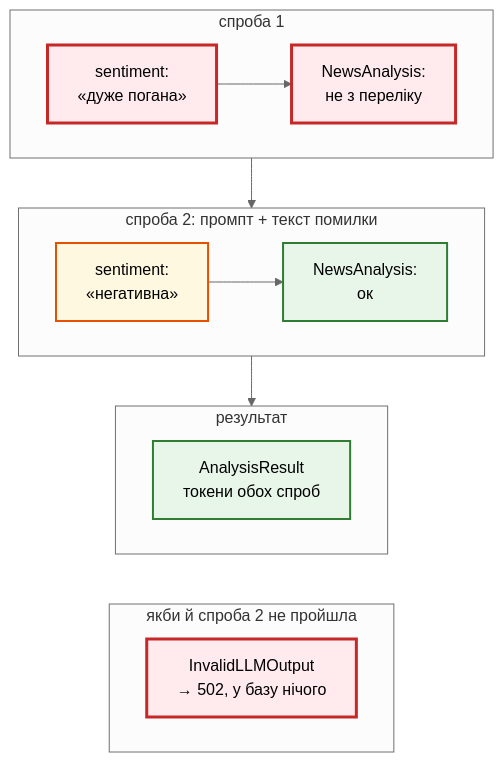
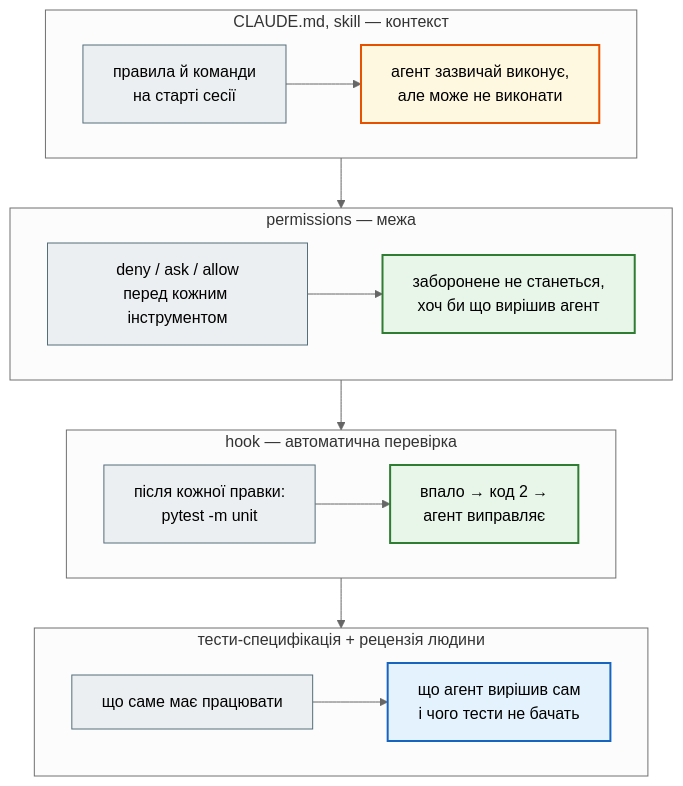
The first of 3 diagrams in docs/modules/m4/lesson_43.md (AlinaRadchenko/PY-Course-Victor-Nikoriak-22-09-2026), drawn with Mermaid (neutral theme) before and after one commit. The commit also changed other lines of this file and 1846 other files, not shown here.

````diff
--- a/docs/modules/m4/lesson_43.md
+++ b/docs/modules/m4/lesson_43.md
@@ -396,33 +122,31 @@
 ```mermaid
 flowchart TD
     classDef step     fill:#eceff1,stroke:#546e7a,stroke-width:1px;
     classDef decision fill:#e3f2fd,stroke:#1565c0,stroke-width:2px;
     classDef success  fill:#e8f5e9,stroke:#2e7d32,stroke-width:2px;
     classDef error    fill:#ffebee,stroke:#c62828,stroke-width:3px;
     classDef warning  fill:#fff8e1,stroke:#e65100,stroke-width:2px;
 
-    subgraph S1["спроба 1"]
+    subgraph L1["CLAUDE.md, skill — контекст"]
         direction LR
-        r1["sentiment:<br>«дуже погана»"] --> v1["NewsAnalysis:<br>не з переліку"]
+        C1["правила й команди<br>на старті сесії"] --> C2["агент зазвичай виконує,<br>але може не виконати"]
     end
-    subgraph S2["спроба 2: промпт + текст помилки"]
+    subgraph L2["permissions — межа"]
         direction LR
-        r2["sentiment:<br>«негативна»"] --> v2["NewsAnalysis:<br>ок"]
+        P1["deny / ask / allow<br>перед кожним інструментом"] --> P2["заборонене не станеться,<br>хоч би що вирішив агент"]
     end
-    subgraph S3["результат"]
+    subgraph L3["hook — автоматична перевірка"]
         direction LR
-        ok["AnalysisResult<br>токени обох спроб"]
+        H1["після кожної правки:<br>pytest -m unit"] --> H2["впало → код 2 →<br>агент виправляє"]
     end
-    subgraph S4["якби й спроба 2 не пройшла"]
+    subgraph L4["тести-специфікація + рецензія людини"]
         direction LR
-        bad["InvalidLLMOutput<br>→ 502, у базу нічого"]
+        T1["що саме має працювати"] --> T2["що агент вирішив сам<br>і чого тести не бачать"]
     end
+    L1 --> L2 --> L3 --> L4
 
-    S1 --> S2 --> S3
-    S3 ~~~ S4
-
-    class r1,v1 error
-    class r2 warning
-    class v2,ok success
-    class bad error
+    class C1,P1,H1,T1 step
+    class C2 warning
+    class P2,H2 success
+    class T2 decision
 ```
````
